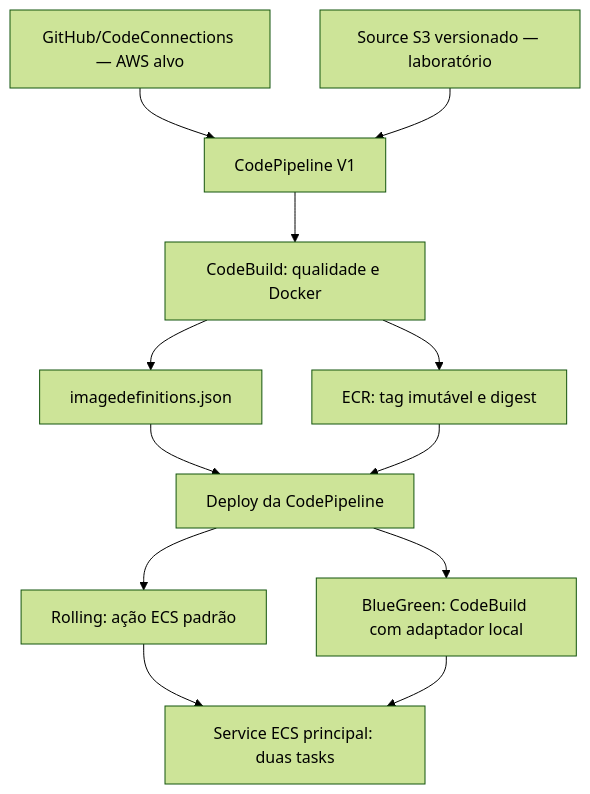
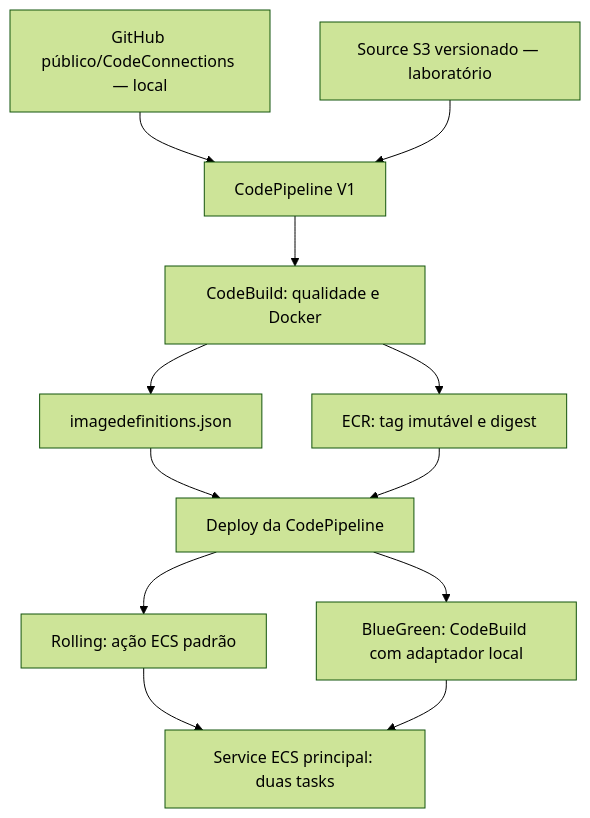
The first of 2 diagrams in docs/ARCHITECTURE.md (fernetone/cloudtasks-aws-portfolio), drawn with Mermaid (forest theme) before and after one commit. The commit also changed other lines of this file and 14 other files, not shown here.

Commit message:
Validate native GitHub source against complete commit tree; preserve restart and pending acceptance evidence

````diff
--- a/docs/ARCHITECTURE.md
+++ b/docs/ARCHITECTURE.md
@@ -9,14 +9,14 @@
 ```mermaid
 flowchart TD
-  source["GitHub/CodeConnections — AWS alvo"] --> cp["CodePipeline V1"]
+  source["GitHub público/CodeConnections — local"] --> cp["CodePipeline V1"]
   s3["Source S3 versionado — laboratório"] --> cp
   cp --> cb["CodeBuild: qualidade e Docker"]
   cb --> ecr["ECR: tag imutável e digest"]
   cb --> artifact["imagedefinitions.json"]
   artifact --> deploy["Deploy da CodePipeline"]
   deploy --> rolling["Rolling: ação ECS padrão"]
   deploy --> bg["BlueGreen: CodeBuild com adaptador local"]
   ecr --> deploy
   rolling --> ecs["Service ECS principal: duas tasks"]
   bg --> ecs
 ```
````
